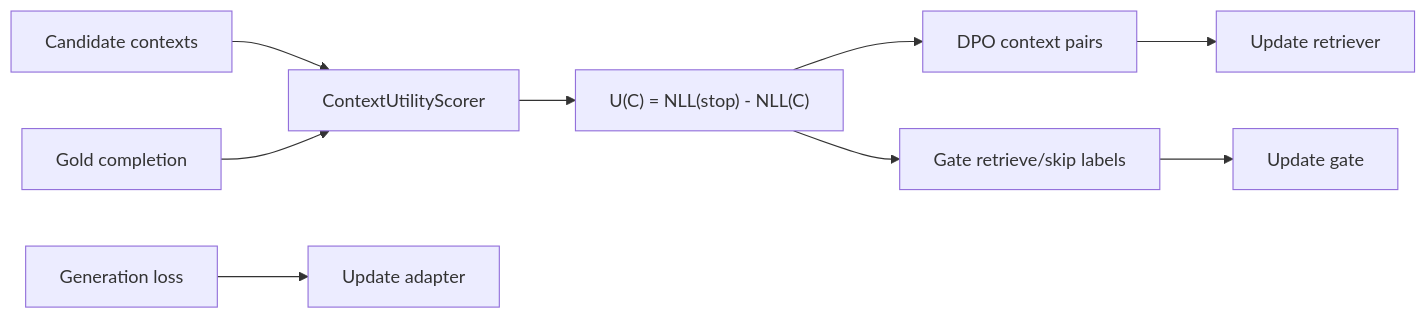
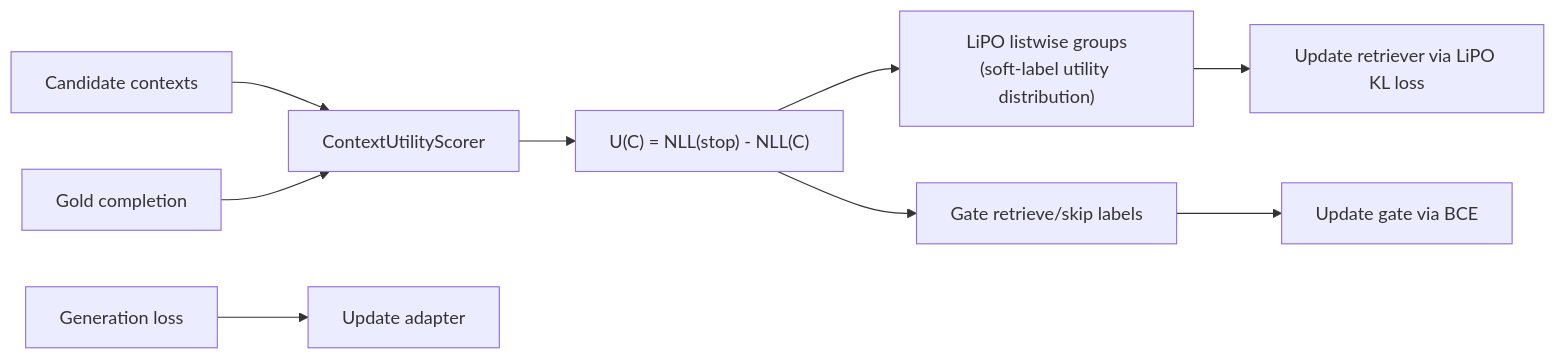
Before and after one commit to BienKieu1411/CodeCompletion: the second of 2 diagrams in Novelty.md, drawn with Mermaid. The commit also changed other lines of this file, not shown here.

````diff
--- a/Novelty.md
+++ b/Novelty.md
@@ -171,11 +188,11 @@
 ```mermaid
 flowchart LR
     A["Candidate contexts"] --> C["ContextUtilityScorer"]
     B["Gold completion"] --> C
     C --> D["U(C) = NLL(stop) - NLL(C)"]
-    D --> E["DPO context pairs"]
+    D --> E["LiPO listwise groups\n(soft-label utility distribution)"]
     D --> F["Gate retrieve/skip labels"]
-    E --> G["Update retriever"]
-    F --> H["Update gate"]
+    E --> G["Update retriever via LiPO KL loss"]
+    F --> H["Update gate via BCE"]
     I["Generation loss"] --> J["Update adapter"]
 ```
````
